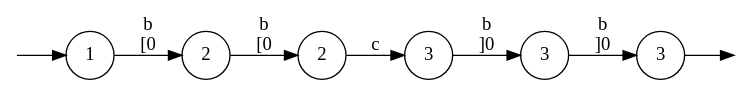
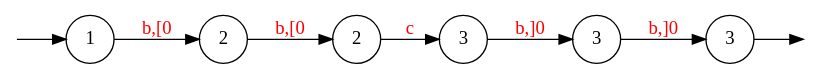
The diagram in text/graphs/graph1_path1.dot (0Marble/lgraphs), drawn with Graphviz before and after one commit. The commit also changed 26 other files, not shown here.

Commit message:
changed graph images to svg

```diff
--- a/text/graphs/graph1_path1.dot
+++ b/text/graphs/graph1_path1.dot
@@ -1,21 +1,21 @@
 digraph {
 	node [shape=circle];
 	Q0 [style=invisible, height=0, width=0, fixedsize=true];
 	Q1 [style=invisible, height=0, width=0, fixedsize=true];
 	graph [rankdir="LR"];
 	3 [label=3];
 	5 [label=3];
 	0 [label=1];
 	2 [label=2];
 	1 [label=2];
 	4 [label=3];
 
 	Q0 -> 0;
 
 	5 -> Q1;
-	0 -> 1  [item="b[0", label="b\n[0"];
-	1 -> 2  [item="b[0", label="b\n[0"];
-	2 -> 3  [item="c", label="c"];
-	3 -> 4  [item="b]0", label="b\n]0"];
-	4 -> 5  [item="b]0", label="b\n]0"];
+	2 -> 3  [label="c", fontcolor=red];
+	0 -> 1  [label="b,[0", fontcolor=red];
+	1 -> 2  [label="b,[0", fontcolor=red];
+	3 -> 4  [label="b,]0", fontcolor=red];
+	4 -> 5  [label="b,]0", fontcolor=red];
 }
```
